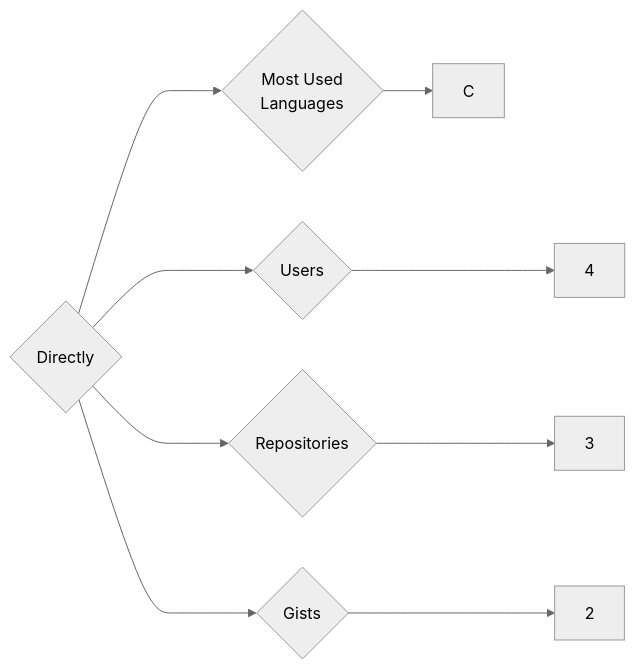
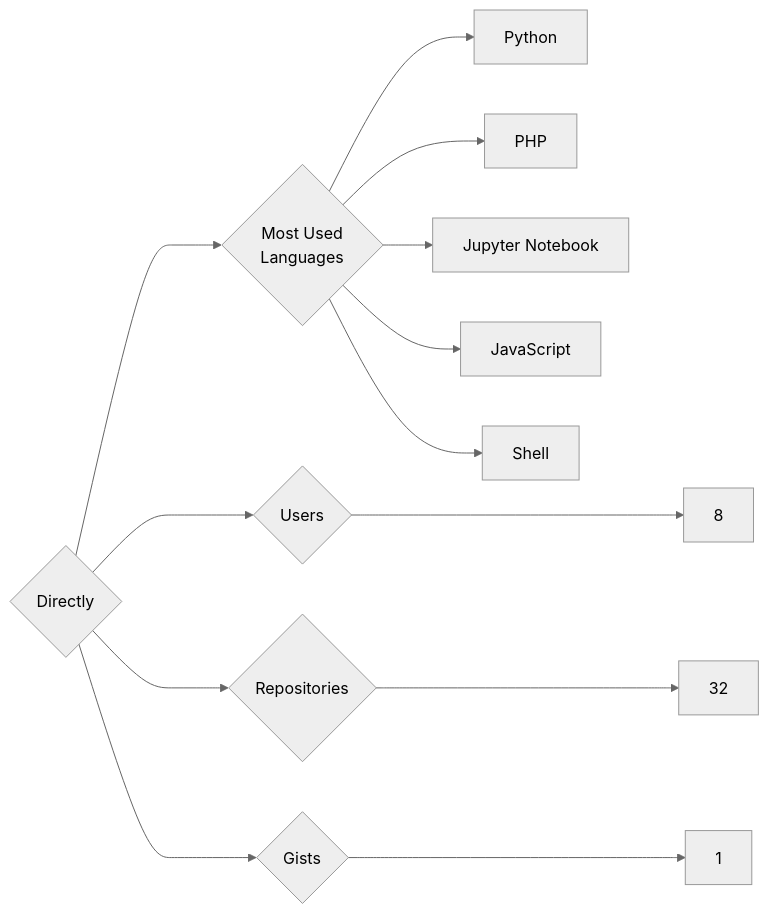
One commit to trickest/insiders changed the diagram in targets/Directly/README.md. Above: the diagram before and after it, drawn with Mermaid (neutral theme). The commit also changed 1175 other files, not shown here.

````diff
--- a/targets/Directly/README.md
+++ b/targets/Directly/README.md
@@ -3,9 +3,13 @@
 ```mermaid
 graph LR
 COMPANY_NAME{Directly}
-COMPANY_NAME ---> U{Users} ---> UN[4]
-COMPANY_NAME ---> R{Repositories} ---> RN[3]
-COMPANY_NAME ---> G{Gists} ---> GN[2]
+COMPANY_NAME ---> U{Users} ---> UN[8]
+COMPANY_NAME ---> R{Repositories} ---> RN[32]
+COMPANY_NAME ---> G{Gists} ---> GN[1]
 COMPANY_NAME ---> ML{Most Used<br>Languages}
-ML --> C[C]
+ML --> Python[Python]
+ML --> PHP[PHP]
+ML --> Jupyter_Notebook[Jupyter Notebook]
+ML --> JavaScript[JavaScript]
+ML --> Shell[Shell]
 ```
````
